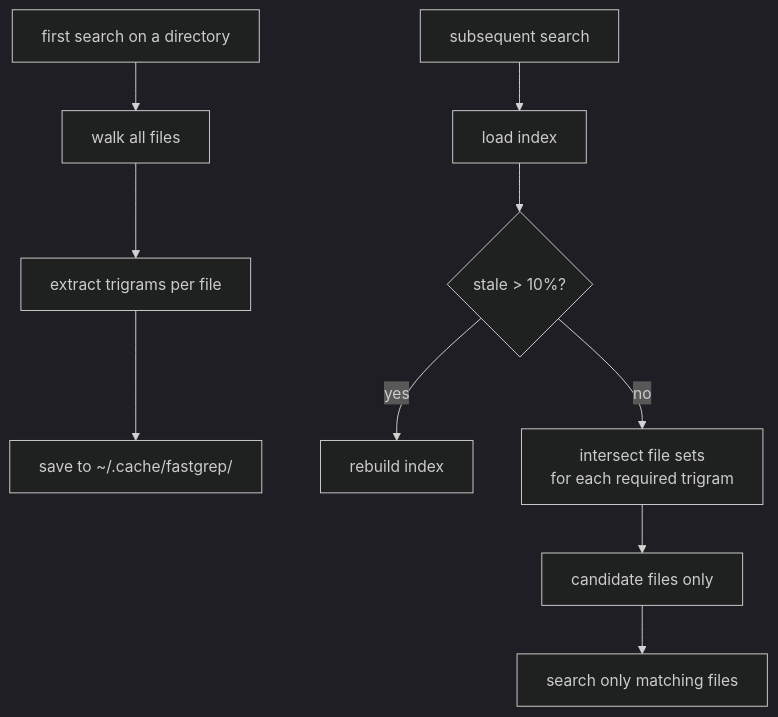
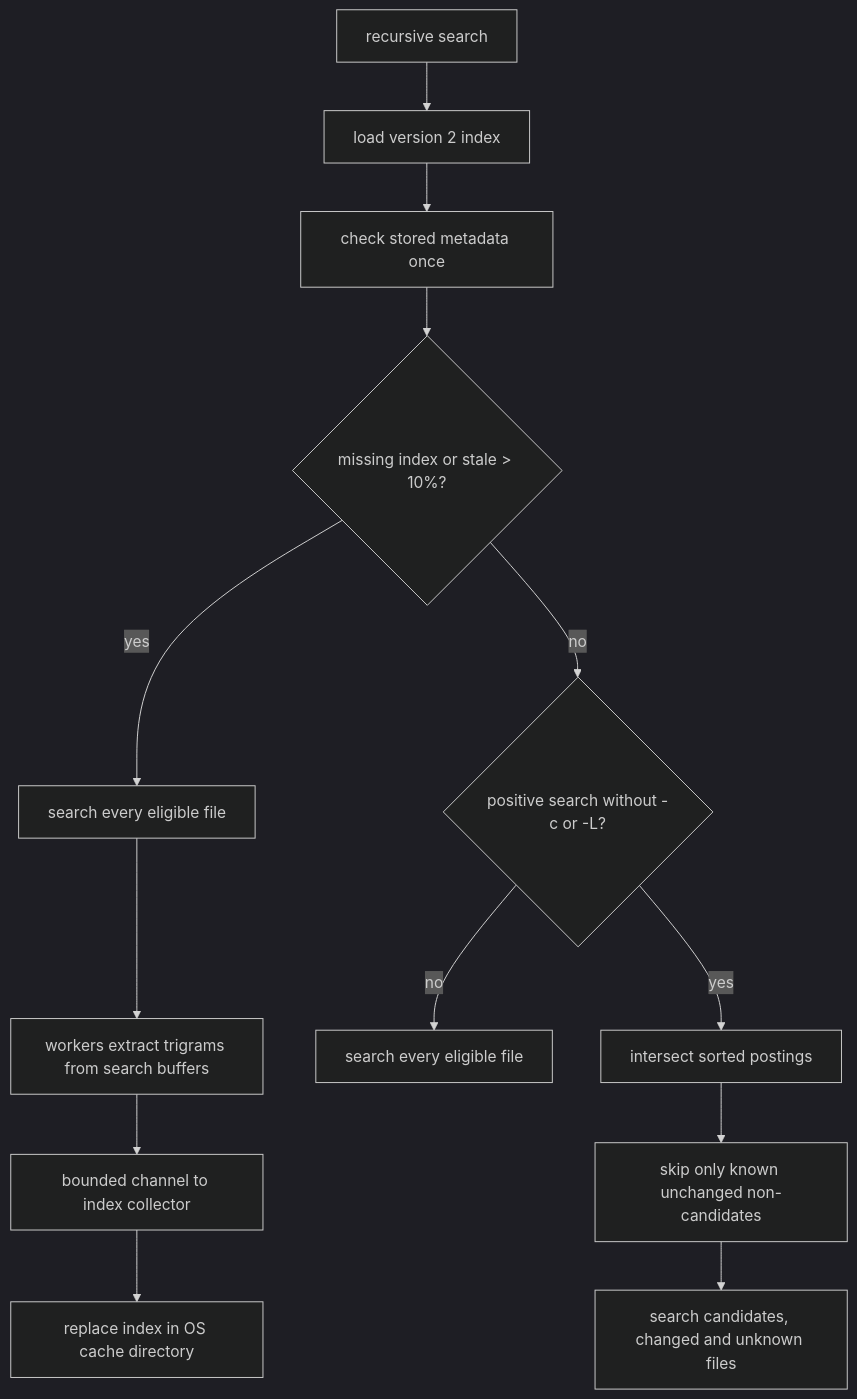
The diagram in docs/trigram.mmd (awnion/fastgrep), drawn with Mermaid (dark theme) before and after one commit. The commit also changed 13 other files, not shown here.

Commit message:
Fix recursive search and index correctness; reuse search buffers

```diff
--- a/docs/trigram.mmd
+++ b/docs/trigram.mmd
@@ -1,11 +1,13 @@
 graph TD
-    First["first search on a directory"] --> Walk["walk all files"]
-    Walk --> Build["extract trigrams per file"]
-    Build --> Save["save to ~/.cache/fastgrep/"]
-
-    Next["subsequent search"] --> Load["load index"]
-    Load --> Stale{"stale > 10%?"}
-    Stale -->|yes| Rebuild["rebuild index"]
-    Stale -->|no| Filter["intersect file sets<br/>for each required trigram"]
-    Filter --> Candidates["candidate files only"]
-    Candidates --> Search["search only matching files"]
+    Start["recursive search"] --> Load["load version 2 index"]
+    Load --> Plan["check stored metadata once"]
+    Plan --> Stale{"missing index or stale > 10%?"}
+    Stale -->|yes| Full["search every eligible file"]
+    Full --> Extract["workers extract trigrams from search buffers"]
+    Extract --> Collect["bounded channel to index collector"]
+    Collect --> Save["replace index in OS cache directory"]
+    Stale -->|no| Mode{"positive search without -c or -L?"}
+    Mode -->|no| Scan["search every eligible file"]
+    Mode -->|yes| Filter["intersect sorted postings"]
+    Filter --> Skip["skip only known unchanged non-candidates"]
+    Skip --> Search["search candidates, changed and unknown files"]
```
